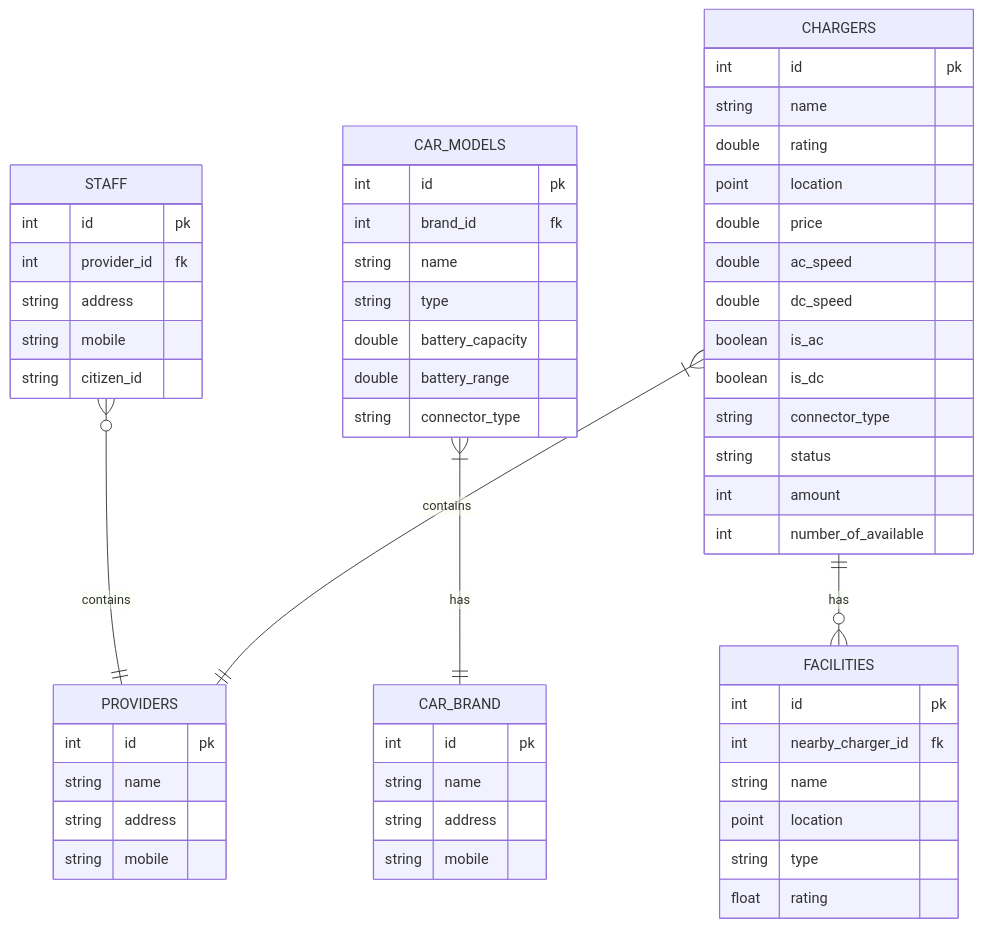
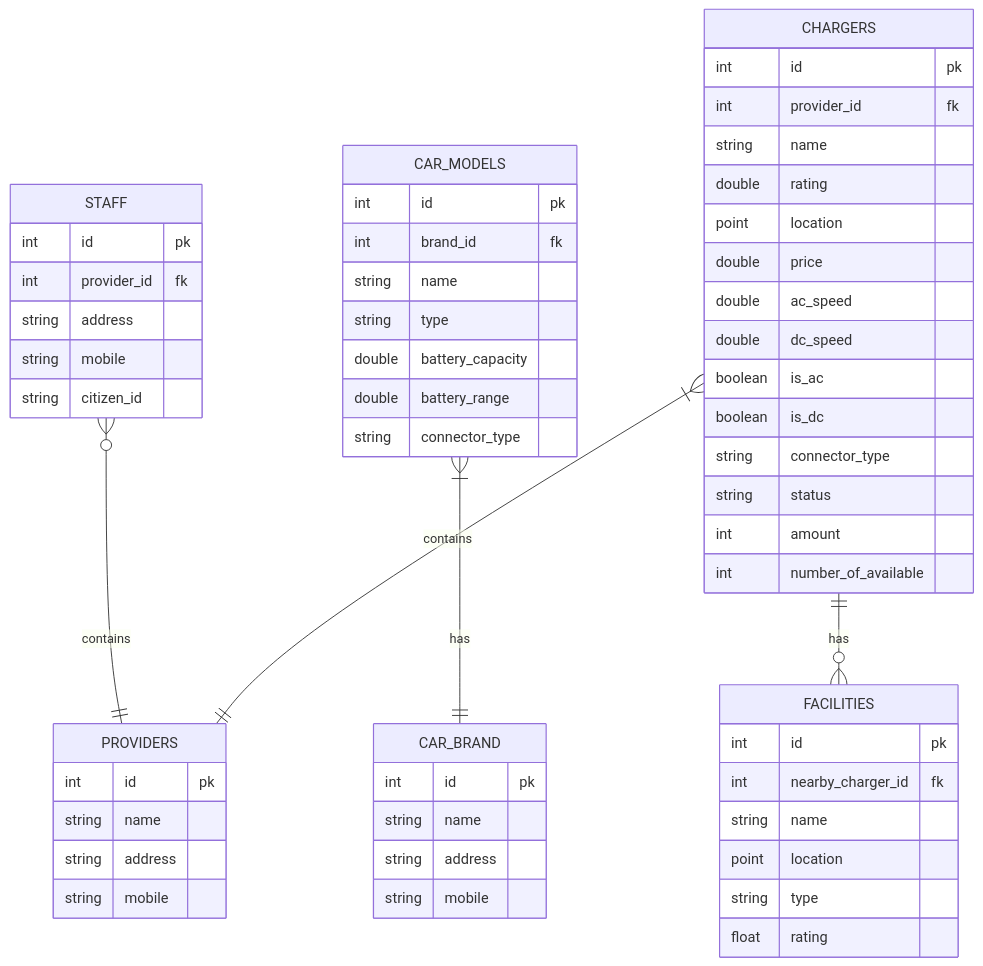
Before and after one commit to ongzasad/ev-trip-planner: the diagram in db.md, drawn with Mermaid.

Commit message:
feat: add provider_id as fk for chargers

````diff
--- a/db.md
+++ b/db.md
@@ -2,59 +2,60 @@
 ```mermaid
     erDiagram
         STAFF {
             int id pk
             int provider_id fk
             string address
             string mobile
             string citizen_id
         }
         PROVIDERS {
             int id pk
             string name
             string address
             string mobile
         }
         CAR_MODELS {
             int id pk
             int brand_id fk
             string name
             string type
             double battery_capacity
             double battery_range
             string connector_type
         }
         CAR_BRAND {
             int id pk
             string name
             string address
             string mobile
         }
         FACILITIES {
             int id pk
             int nearby_charger_id fk
             string name
             point location
             string type
             float rating
         }
         CHARGERS {
             int id pk
+            int provider_id fk
             string name
             double rating
             point location
             double price
             double ac_speed
             double dc_speed
             boolean is_ac
             boolean is_dc
             string connector_type
             string status
             int amount
             int number_of_available
         }
 
         STAFF o{--|| PROVIDERS : contains
         CHARGERS |{--|| PROVIDERS : contains
         CAR_MODELS |{--|| CAR_BRAND : has
         CHARGERS ||--o{ FACILITIES : has
 ```     
````
